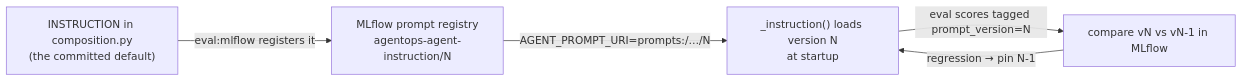
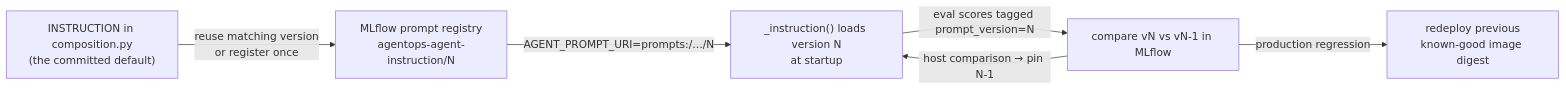
The fourth of 4 diagrams in docs/4. Quality/4.4. Evaluations.md (LuiGGi629/agentops-open-course), drawn with Mermaid before and after one commit. The commit also changed other lines of this file and 58 other files, not shown here.

````diff
--- a/docs/4. Quality/4.4. Evaluations.md
+++ b/docs/4. Quality/4.4. Evaluations.md
@@ -506,7 +487,8 @@
 ```mermaid
 flowchart LR
-    Commit["INSTRUCTION in composition.py<br/>(the committed default)"] -->|"eval:mlflow registers it"| Registry["MLflow prompt registry<br/>agentops-agent-instruction/N"]
+    Commit["INSTRUCTION in composition.py<br/>(the committed default)"] -->|"reuse matching version<br/>or register once"| Registry["MLflow prompt registry<br/>agentops-agent-instruction/N"]
     Registry -->|"AGENT_PROMPT_URI=prompts:/…/N"| Pin["_instruction() loads version N<br/>at startup"]
     Pin -->|"eval scores tagged prompt_version=N"| Compare["compare vN vs vN-1 in MLflow"]
-    Compare -->|"regression → pin N-1"| Pin
+    Compare -->|"host comparison → pin N-1"| Pin
+    Compare -->|"production regression"| Rollback["redeploy previous<br/>known-good image digest"]
 ```
````
